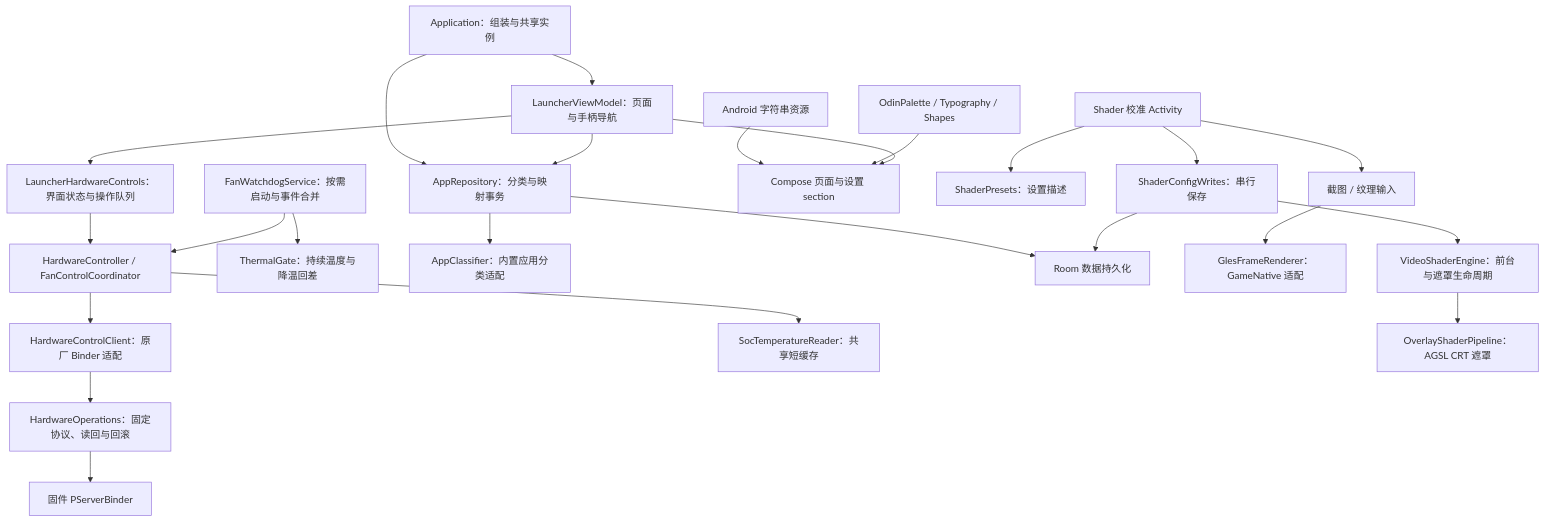
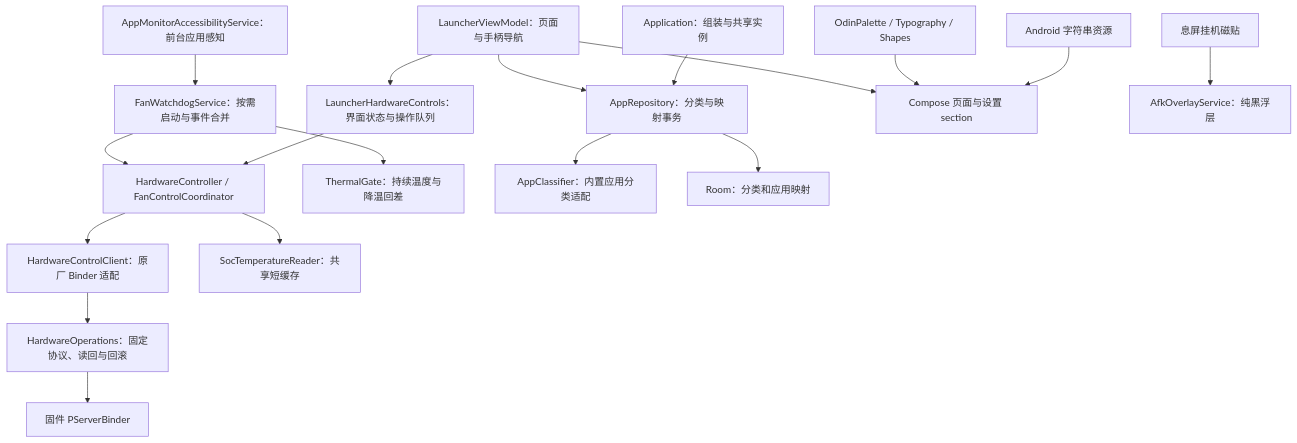
The diagram in docs/architecture.md (LeXwDeX/odin3-desktop), drawn with Mermaid before and after one commit. The commit also changed other lines of this file and 83 other files, not shown here.

Commit message:
Remove Shader feature and preserve launcher data on upgrade

````diff
--- a/docs/architecture.md
+++ b/docs/architecture.md
@@ -27,26 +7,20 @@
 ```mermaid
 flowchart TD
-    App[Application：组装与共享实例] --> VM[LauncherViewModel：页面与手柄导航]
-    App --> Repo[AppRepository：分类与映射事务]
+    App[Application：组装与共享实例] --> Repo[AppRepository：分类与映射事务]
+    VM[LauncherViewModel：页面与手柄导航] --> Repo
     VM --> Controls[LauncherHardwareControls：界面状态与操作队列]
     Controls --> Hardware[HardwareController / FanControlCoordinator]
     Hardware --> Native[HardwareControlClient：原厂 Binder 适配]
     Native --> Operations[HardwareOperations：固定协议、读回与回滚]
     Operations --> OEM[固件 PServerBinder]
-    Watchdog[FanWatchdogService：按需启动与事件合并] --> Hardware
+    Monitor[AppMonitorAccessibilityService：前台应用感知] --> Watchdog[FanWatchdogService：按需启动与事件合并]
+    Watchdog --> Hardware
     Watchdog --> Thermal[ThermalGate：持续温度与降温回差]
     Hardware --> Sensors[SocTemperatureReader：共享短缓存]
-    VM --> Repo
     Repo --> Classifier[AppClassifier：内置应用分类适配]
-    Repo --> Room[Room 数据持久化]
+    Repo --> Room[Room：分类和应用映射]
     Locale[Android 字符串资源] --> UI[Compose 页面与设置 section]
     Palette[OdinPalette / Typography / Shapes] --> UI
     VM --> UI
-    Calibration[Shader 校准 Activity] --> Presets[ShaderPresets：设置描述]
-    Calibration --> Writes[ShaderConfigWrites：串行保存]
-    Calibration --> Preview[截图 / 纹理输入]
-    Preview --> GLES[GlesFrameRenderer：GameNative 适配]
-    Writes --> Room
-    Writes --> Engine[VideoShaderEngine：前台与遮罩生命周期]
-    Engine --> Overlay[OverlayShaderPipeline：AGSL CRT 遮罩]
+    AfkTile[息屏挂机磁贴] --> Afk[AfkOverlayService：纯黑浮层]
 ```
````
